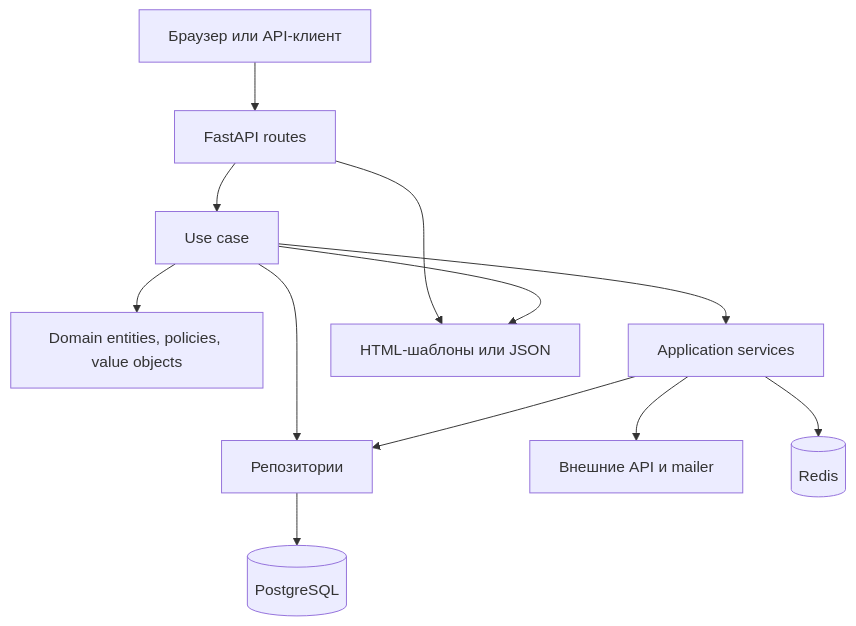
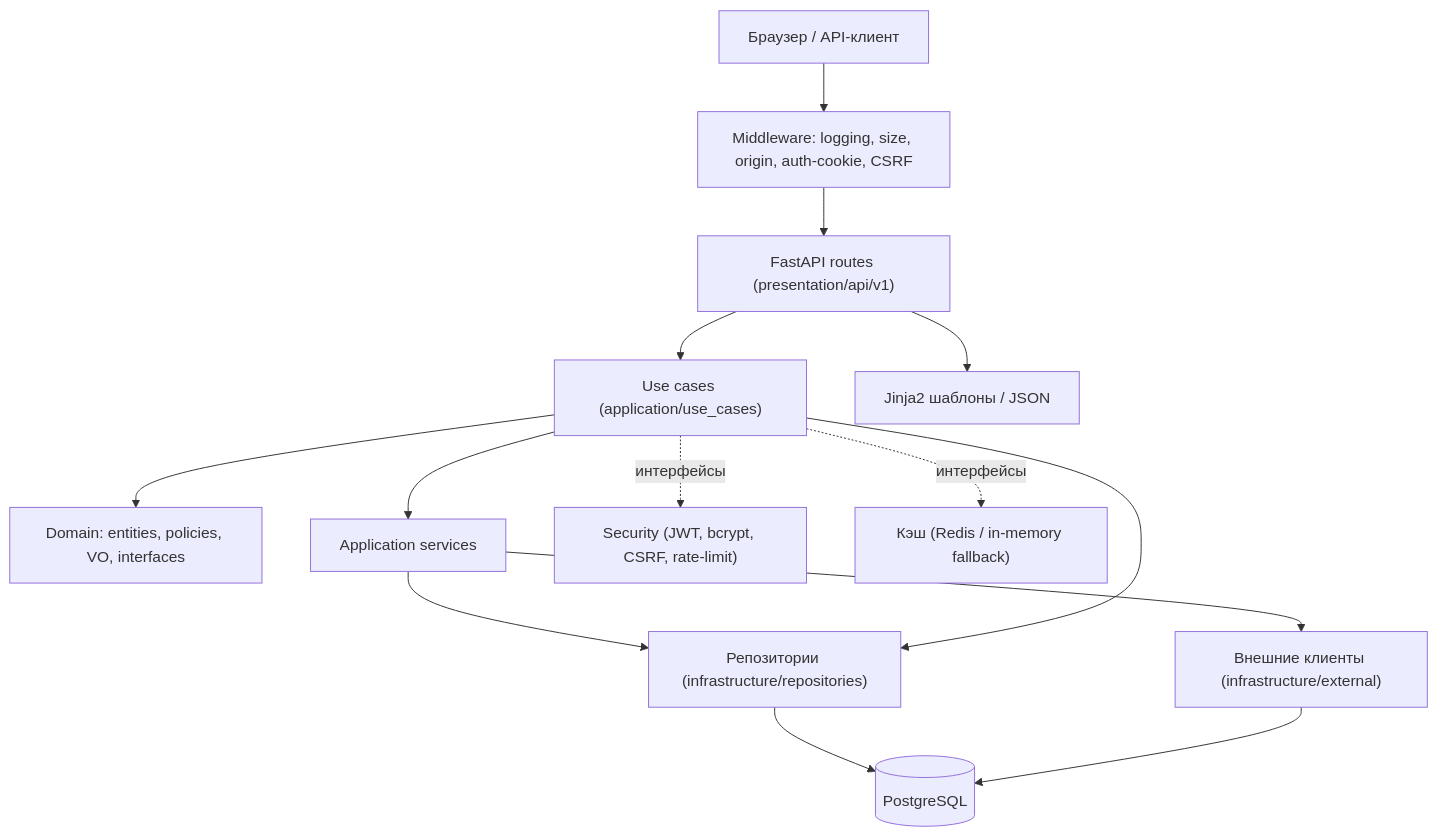
The first of 2 diagrams in docs/architecture/overview.md (serega20112/Anime-Epic-Moments), drawn with Mermaid before and after one commit. The commit also changed other lines of this file and 6 other files, not shown here.

````diff
--- a/docs/architecture/overview.md
+++ b/docs/architecture/overview.md
@@ -16,25 +39,25 @@
 ```mermaid
 flowchart TB
-    Browser[Браузер или API-клиент]
-    Routes[FastAPI routes]
-    UseCases[Use case]
-    Domain[Domain entities, policies, value objects]
-    Services[Application services]
-    Repos[Репозитории]
-    External[Внешние API и mailer]
-    DB[(PostgreSQL)]
-    Redis[(Redis)]
-    Templates[HTML-шаблоны или JSON]
+    Browser["Браузер / API-клиент"]
+    MW["Middleware: logging, size, origin, auth-cookie, CSRF"]
+    Routes["FastAPI routes (presentation/api/v1)"]
+    UC["Use cases (application/use_cases)"]
+    Domain["Domain: entities, policies, VO, interfaces"]
+    AppSvc["Application services"]
+    Repos["Репозитории (infrastructure/repositories)"]
+    Ext["Внешние клиенты (infrastructure/external)"]
+    Sec["Security (JWT, bcrypt, CSRF, rate-limit)"]
+    Cache["Кэш (Redis / in-memory fallback)"]
+    DB[("PostgreSQL")]
+    Tpl["Jinja2 шаблоны / JSON"]
 
-    Browser --> Routes
-    Routes --> UseCases
-    UseCases --> Domain
-    UseCases --> Services
-    UseCases --> Repos
-    Services --> Repos
-    Services --> External
+    Browser --> MW --> Routes --> UC
+    UC --> Domain
+    UC --> AppSvc --> Repos
+    UC --> Repos
     Repos --> DB
-    Services --> Redis
-    Routes --> Templates
-    UseCases --> Templates
+    AppSvc --> Ext --> DB
+    Routes --> Tpl
+    UC -.->|"интерфейсы"| Cache
+    UC -.->|"интерфейсы"| Sec
 ```
````
